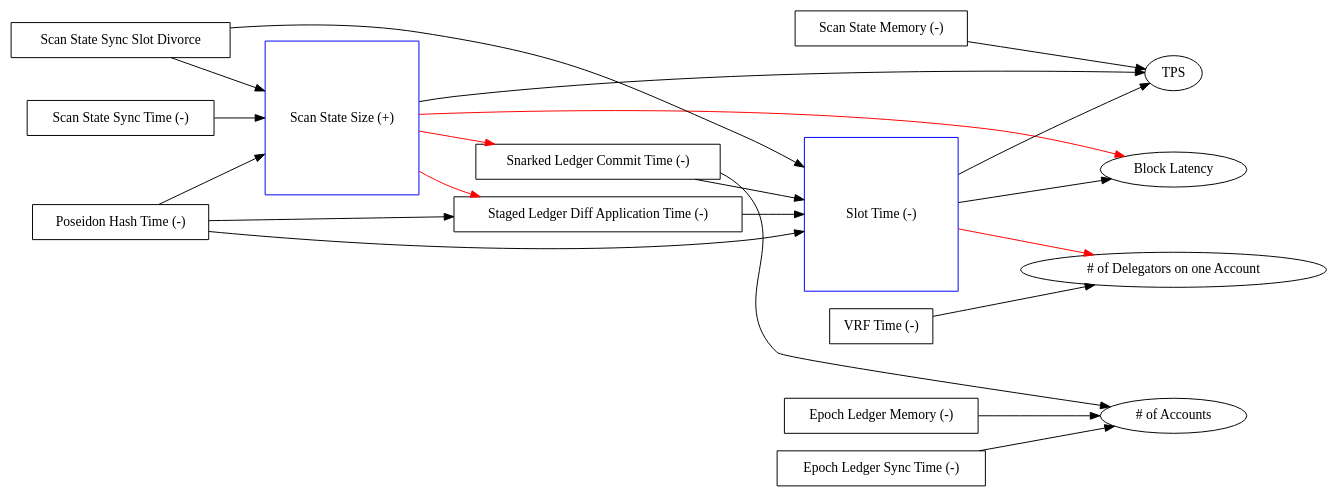
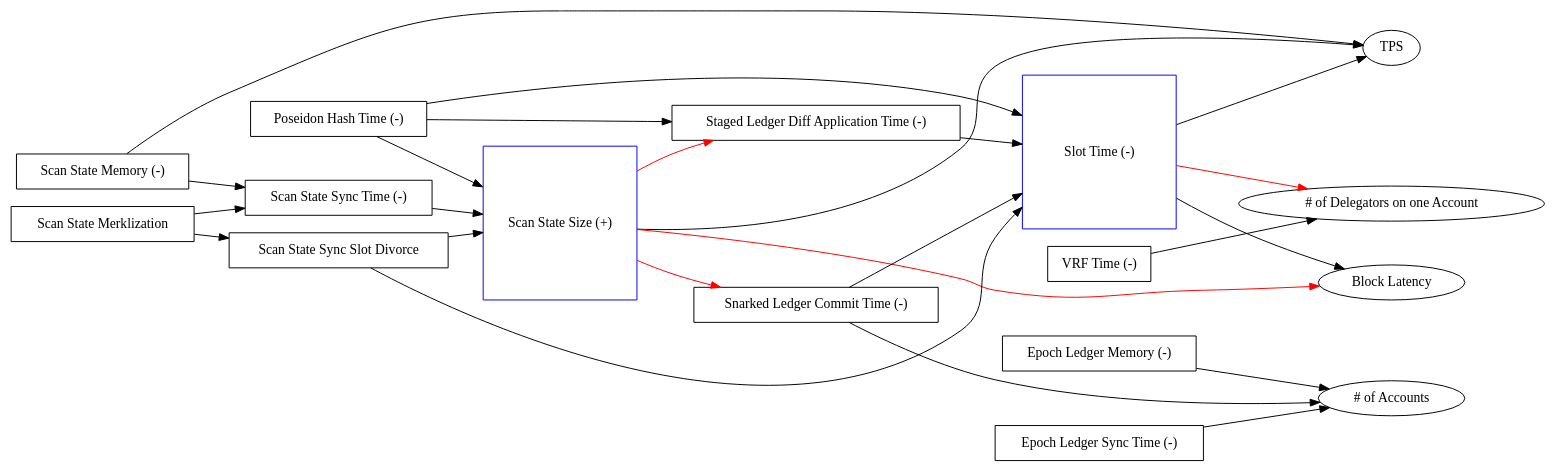
The diagram in rfcs/res/scaling_dependencies.dot (MinaProtocol/mina), drawn with Graphviz before and after one commit. The commit also changed 2 other files, not shown here.

```diff
--- a/rfcs/res/scaling_dependencies.dot
+++ b/rfcs/res/scaling_dependencies.dot
@@ -1,53 +1,56 @@
 digraph G {
   rankdir=LR;
 
   // Protocol Aspects
   {
     node [color=blue, shape=square, width=2.2, fixedsize=true];
     ScanSize [label="Scan State Size (+)"];
     SlotTime [label="Slot Time (-)"];
   }
 
   // Actionable Dependencies
   {
     node [shape=rectangle];
+    ScanMerkle [label="Scan State Merklization"];
     ELSync [label="Epoch Ledger Sync Time (-)"];
     ELMem [label="Epoch Ledger Memory (-)"];
     StLDiffApp [label="Staged Ledger Diff Application Time (-)"];
     SnLCommit [label="Snarked Ledger Commit Time (-)"];
     ScanSyncTime [label="Scan State Sync Time (-)"];
     ScanMem [label="Scan State Memory (-)"];
     ScanSyncSlotDivorce [label="Scan State Sync Slot Divorce"];
     HashTime [label="Poseidon Hash Time (-)"];
     VRFTime [label="VRF Time (-)"];
   }
 
   // Goals
   {
     rank=same;
     node [shape=oval];
     NumAccs [label="# of Accounts"];
     TPS [label="TPS"];
     Latency [label="Block Latency"];
     Delegation [label="# of Delegators on one Account"];
   };
 
   // Positive Arcs
   {
     edge [color=black];
+    ScanMerkle -> {ScanSyncTime, ScanSyncSlotDivorce};
+    ScanMem -> ScanSyncTime;
     {ScanSyncTime, ScanSyncSlotDivorce, HashTime} -> ScanSize
     {StLDiffApp, ScanSyncSlotDivorce, SnLCommit, HashTime} -> SlotTime;
     HashTime -> StLDiffApp;
     {ELSync, ELMem, SnLCommit} -> NumAccs;
     {ScanSize, ScanMem, SlotTime} -> TPS;
     SlotTime -> Latency;
     VRFTime -> Delegation;
   }
 
   // Negative Arcs
   {
     edge [color=red];
     ScanSize -> {SnLCommit, StLDiffApp, Latency};
     SlotTime -> Delegation;
   }
 }
```
